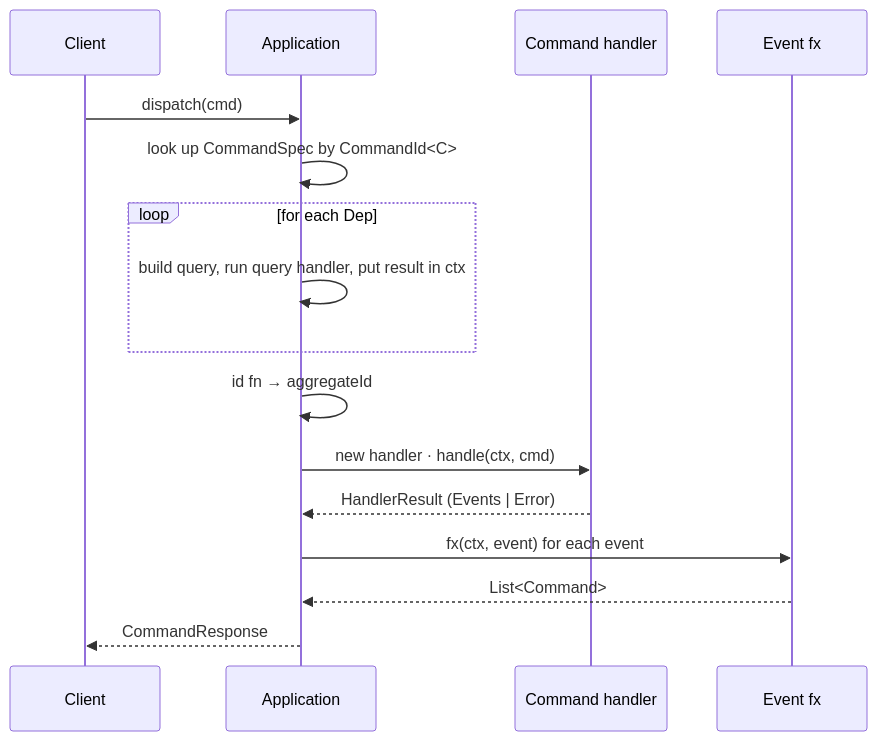
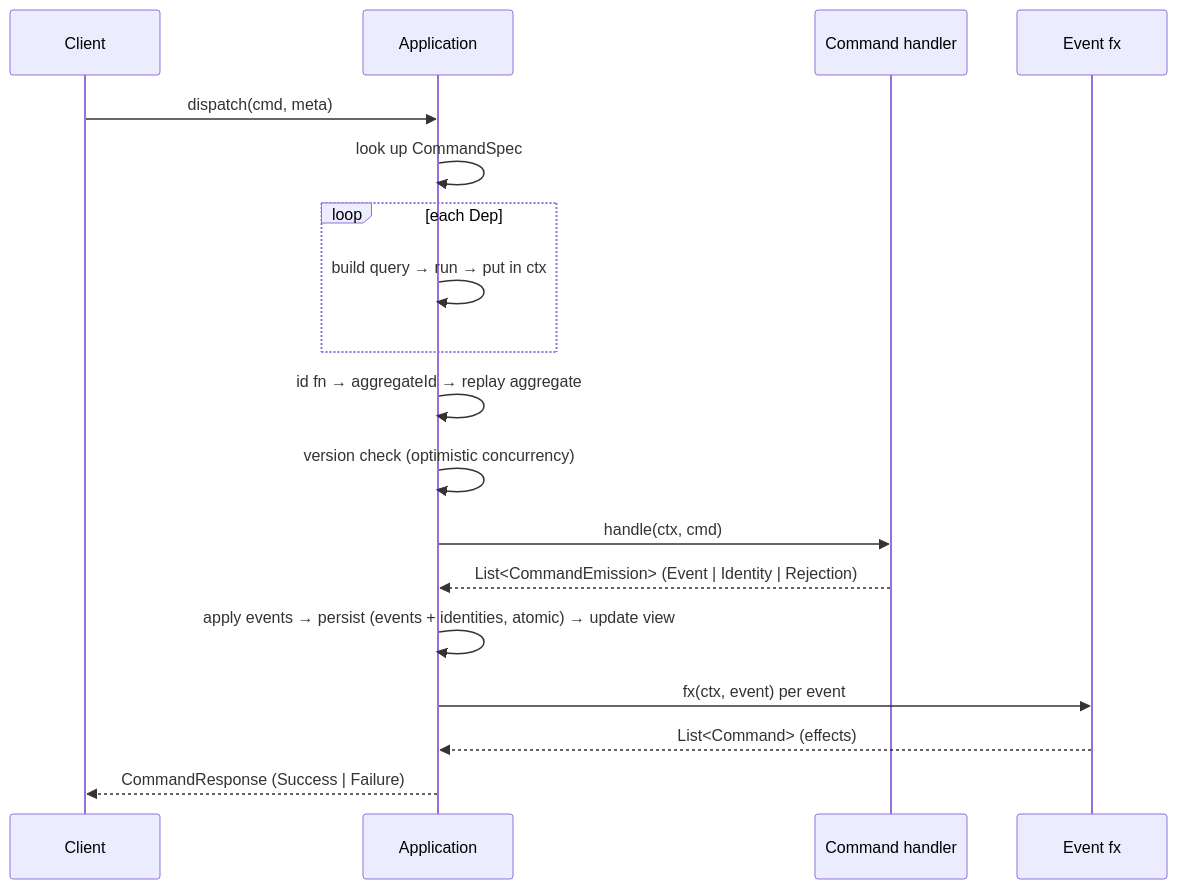
The second of 3 diagrams in README.md (alpha-prosoft/edd-java), drawn with Mermaid before and after one commit. The commit also changed other lines of this file and 289 other files, not shown here.

````diff
--- a/README.md
+++ b/README.md
@@ -475,19 +109,21 @@
 ```mermaid
 sequenceDiagram
     participant Client
     participant App as Application
     participant CH as Command handler
     participant FX as Event fx
 
-    Client->>App: dispatch(cmd)
-    App->>App: look up CommandSpec by CommandId<C>
-    loop for each Dep
-        App->>App: build query, run query handler, put result in ctx
+    Client->>App: dispatch(cmd, meta)
+    App->>App: look up CommandSpec
+    loop each Dep
+        App->>App: build query → run → put in ctx
     end
-    App->>App: id fn → aggregateId
-    App->>CH: new handler · handle(ctx, cmd)
-    CH-->>App: HandlerResult (Events | Error)
-    App->>FX: fx(ctx, event) for each event
-    FX-->>App: List<Command>
-    App-->>Client: CommandResponse
+    App->>App: id fn → aggregateId → replay aggregate
+    App->>App: version check (optimistic concurrency)
+    App->>CH: handle(ctx, cmd)
+    CH-->>App: List<CommandEmission> (Event | Identity | Rejection)
+    App->>App: apply events → persist (events + identities, atomic) → update view
+    App->>FX: fx(ctx, event) per event
+    FX-->>App: List<Command> (effects)
+    App-->>Client: CommandResponse (Success | Failure)
 ```
````
